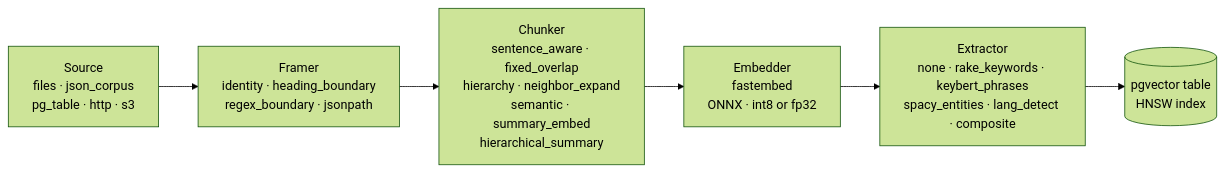
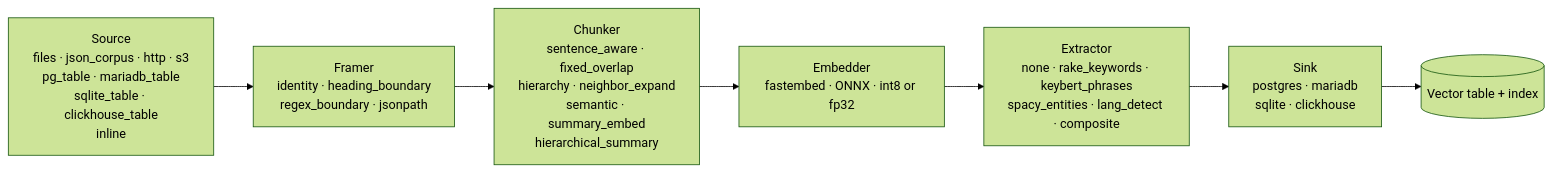
The diagram in README.md (yonk-labs/chunkshop), drawn with Mermaid (forest theme) before and after one commit. The commit also changed other lines of this file and 8 other files, not shown here.

First line of the commit message:
docs(v0.4.0): per-engine docs, mix doc, architecture + README rewrite

````diff
--- a/README.md
+++ b/README.md
@@ -25,8 +39,9 @@
 ```mermaid
 flowchart LR
-    S[Source<br/>files · json_corpus<br/>pg_table · http · s3] --> F[Framer<br/>identity · heading_boundary<br/>regex_boundary · jsonpath]
+    S[Source<br/>files · json_corpus · http · s3<br/>pg_table · mariadb_table<br/>sqlite_table · clickhouse_table<br/>inline] --> F[Framer<br/>identity · heading_boundary<br/>regex_boundary · jsonpath]
     F --> C[Chunker<br/>sentence_aware · fixed_overlap<br/>hierarchy · neighbor_expand<br/>semantic · summary_embed<br/>hierarchical_summary]
-    C --> E[Embedder<br/>fastembed<br/>ONNX · int8 or fp32]
+    C --> E[Embedder<br/>fastembed · ONNX · int8 or fp32]
     E --> X[Extractor<br/>none · rake_keywords · keybert_phrases<br/>spacy_entities · lang_detect · composite]
-    X --> T[(pgvector table<br/>HNSW index)]
+    X --> SK[Sink<br/>postgres · mariadb<br/>sqlite · clickhouse]
+    SK --> DB[(Vector table + index)]
 ```
````
